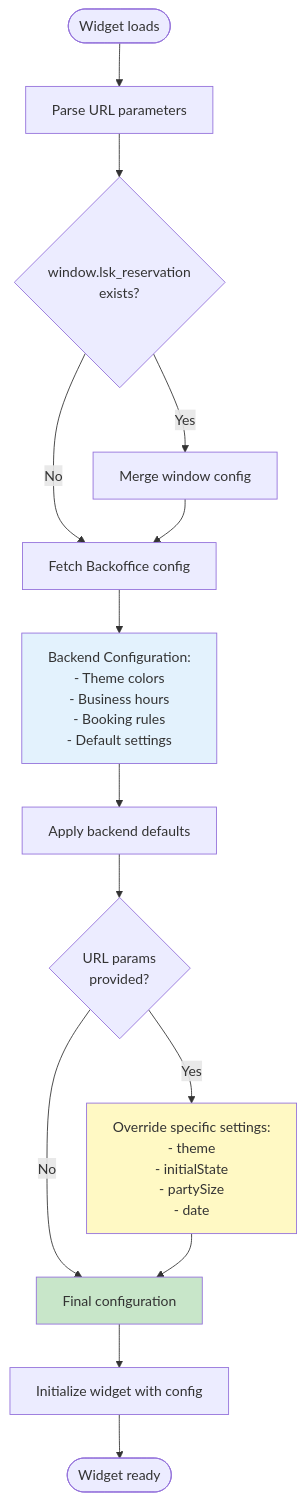
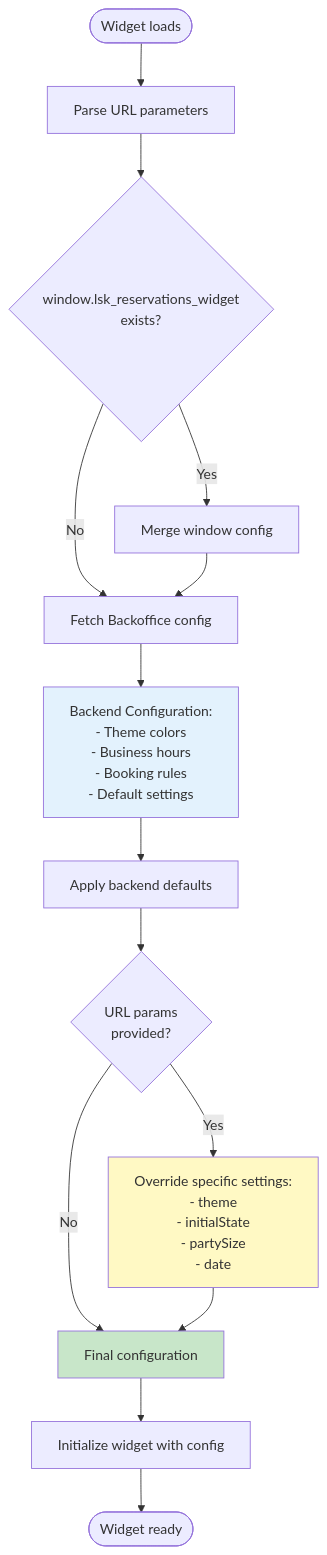
The second of 2 diagrams in README.md (ls-andrei-kim/widget-rfc), drawn with Mermaid before and after one commit. The commit also changed other lines of this file, not shown here.

````diff
--- a/README.md
+++ b/README.md
@@ -164,25 +182,25 @@
 ```mermaid
 flowchart TD
     Start([Widget loads]) --> ParseURL[Parse URL parameters]
-    ParseURL --> CheckWindow{window.lsk_reservation<br/>exists?}
+    ParseURL --> CheckWindow{window.lsk_reservations_widget<br/>exists?}
 
     CheckWindow -->|Yes| MergeWindow[Merge window config]
     CheckWindow -->|No| FetchBackend[Fetch Backoffice config]
     MergeWindow --> FetchBackend
 
     FetchBackend --> BackendConfig[Backend Configuration:<br/>- Theme colors<br/>- Business hours<br/>- Booking rules<br/>- Default settings]
 
     BackendConfig --> ApplyDefaults[Apply backend defaults]
     ApplyDefaults --> CheckOverrides{URL params<br/>provided?}
 
     CheckOverrides -->|Yes| Override[Override specific settings:<br/>- theme<br/>- initialState<br/>- partySize<br/>- date]
     CheckOverrides -->|No| UseFinal
 
     Override --> UseFinal[Final configuration]
     UseFinal --> InitWidget[Initialize widget with config]
     InitWidget --> End([Widget ready])
 
     style BackendConfig fill:#e3f2fd
     style Override fill:#fff9c4
     style UseFinal fill:#c8e6c9
 ```
````
